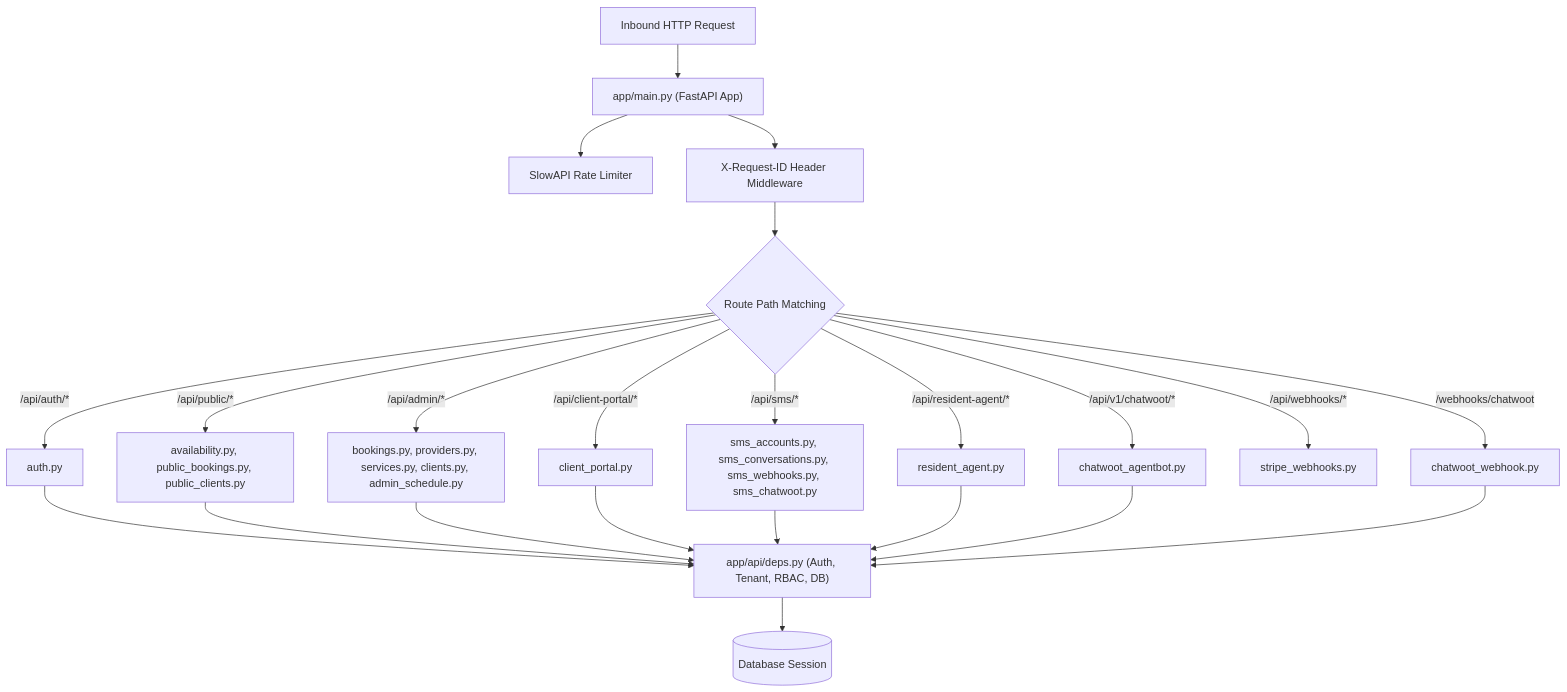
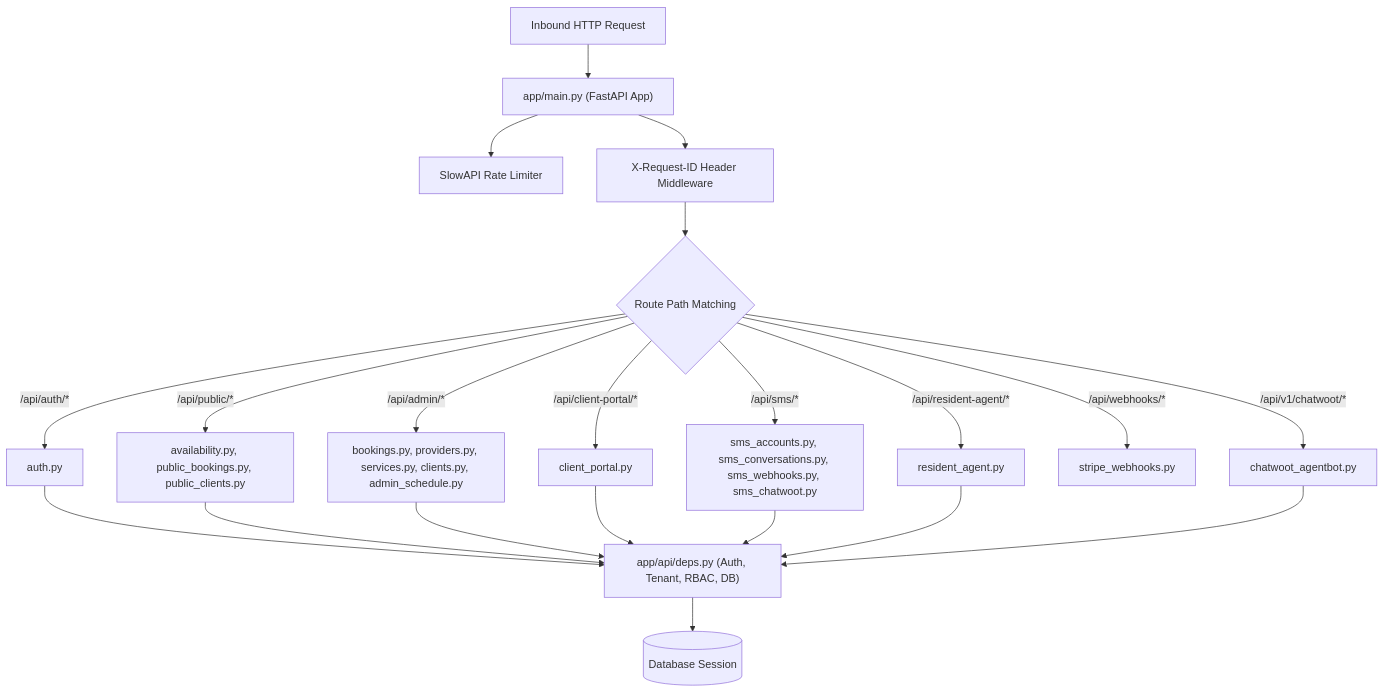
One commit to elle4a69/fastapi_bookings changed the diagram in app/api/routers/README.md. Above: the diagram before and after it, drawn with Mermaid. The commit also changed other lines of this file and 4 other files, not shown here.

Commit message:
refactor(chatwoot): eliminate duplicate webhook ingress and canonicalize on sms_chatwoot

````diff
--- a/app/api/routers/README.md
+++ b/app/api/routers/README.md
@@ -24,20 +24,19 @@
 ```mermaid
 graph TD
     ClientReq["Inbound HTTP Request"] --> MainApp["app/main.py (FastAPI App)"]
     MainApp --> RateLimit["SlowAPI Rate Limiter"]
     MainApp --> CorrID["X-Request-ID Header Middleware"]
     CorrID --> RouterGroup{"Route Path Matching"}
 
     RouterGroup -->|"/api/auth/*"| AuthRouter["auth.py"]
     RouterGroup -->|"/api/public/*"| PublicRouters["availability.py, public_bookings.py, public_clients.py"]
     RouterGroup -->|"/api/admin/*"| AdminRouters["bookings.py, providers.py, services.py, clients.py, admin_schedule.py"]
     RouterGroup -->|"/api/client-portal/*"| PortalRouter["client_portal.py"]
     RouterGroup -->|"/api/sms/*"| SMSRouters["sms_accounts.py, sms_conversations.py, sms_webhooks.py, sms_chatwoot.py"]
     RouterGroup -->|"/api/resident-agent/*"| AgentRouter["resident_agent.py"]
-    RouterGroup -->|"/webhooks/chatwoot"| ChatwootWebhookRouter["chatwoot_webhook.py"]
     RouterGroup -->|"/api/webhooks/*"| WebhookRouters["stripe_webhooks.py"]
     RouterGroup -->|"/api/v1/chatwoot/*"| ChatwootAgentBotRouter["chatwoot_agentbot.py"]
 
-    AuthRouter & PublicRouters & AdminRouters & PortalRouter & SMSRouters & AgentRouter & ChatwootAgentBotRouter & ChatwootWebhookRouter --> Deps["app/api/deps.py (Auth, Tenant, RBAC, DB)"]
+    AuthRouter & PublicRouters & AdminRouters & PortalRouter & SMSRouters & AgentRouter & ChatwootAgentBotRouter --> Deps["app/api/deps.py (Auth, Tenant, RBAC, DB)"]
     Deps --> DB[(Database Session)]
 ```
````
